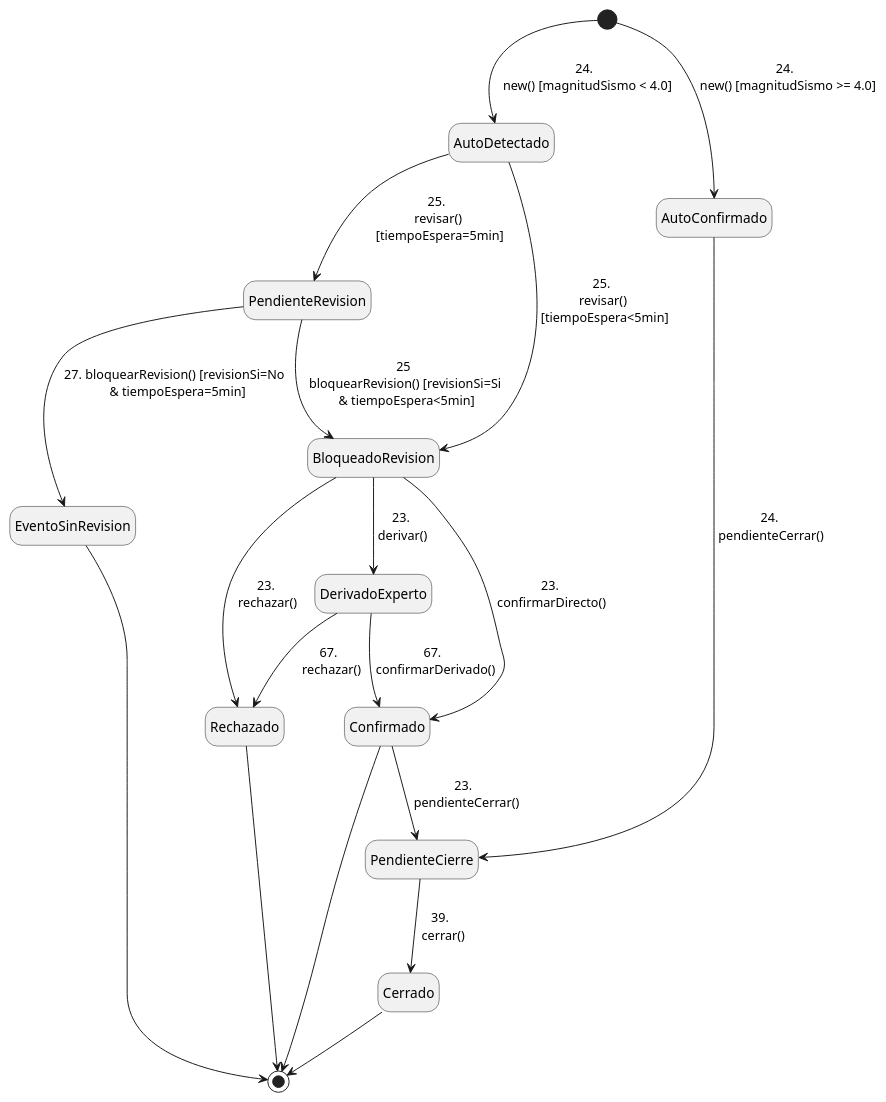
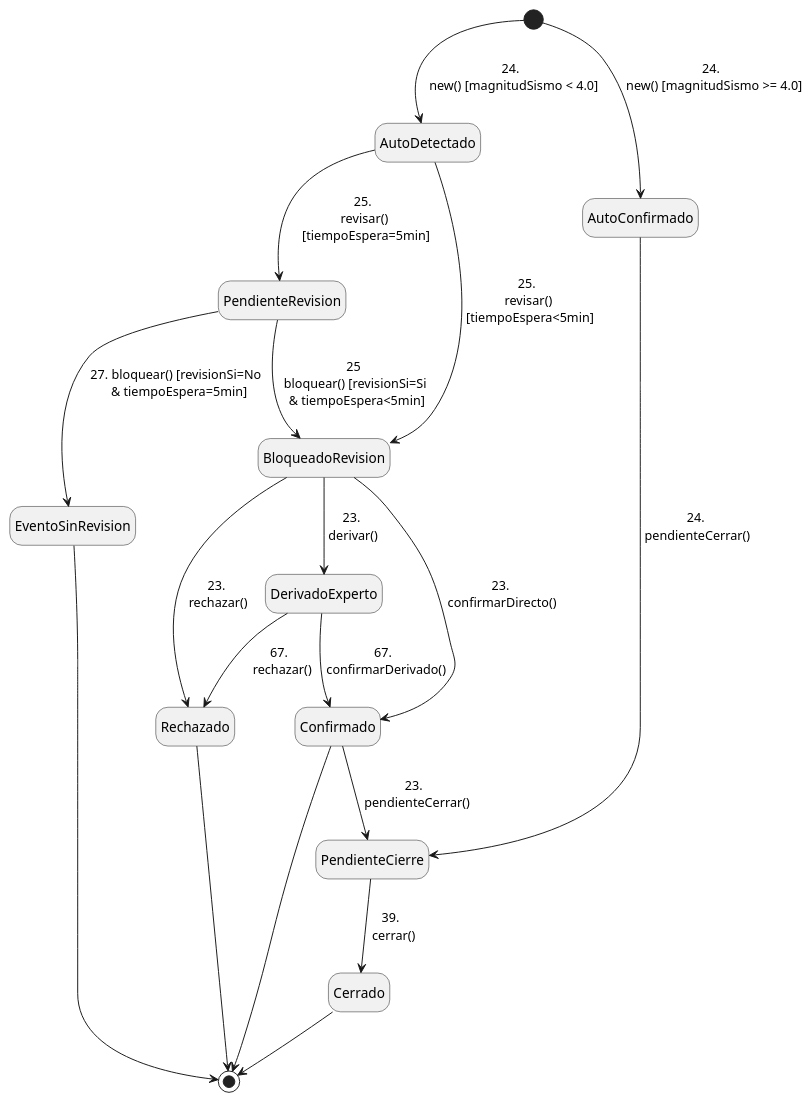
The first of 3 diagrams in diagramas/Diagramas.plantuml (ciggyx/TPI-Grupo7), drawn with PlantUML before and after one commit. The commit also changed other lines of this file and 3 other files, not shown here.

Commit message:
Fixeo parte estática, dinámica + svg diagramas

```diff
--- a/diagramas/Diagramas.plantuml
+++ b/diagramas/Diagramas.plantuml
@@ -1,30 +1,30 @@
 @startuml maquinaEstadoEventoSismico
 hide empty description
 'Casos de uso:
 '23: Registrar resultado de revisión manual
 '24: Registrar evento sísmico
 '25: Modificar evento sísmico
 '27: Anular evento sísmico
 '38: Verificar eventos sísmicos auto detectados
 '39: Cerrar evento sísmico
 '67: Registrar resultado de revisión de un evento sismico derivado
 
 [*]-->AutoDetectado : 24. \n new() [magnitudSismo < 4.0]
 [*]-->AutoConfirmado : 24. \n new() [magnitudSismo >= 4.0]
 AutoDetectado-->PendienteRevision :  25. \n revisar() \n [tiempoEspera=5min] 
-PendienteRevision-->BloqueadoRevision: 25 \n bloquearRevision() [revisionSi=Si \n & tiempoEspera<5min]
-PendienteRevision-->EventoSinRevision: 27. bloquearRevision() [revisionSi=No \n & tiempoEspera=5min]
+PendienteRevision-->BloqueadoRevision: 25 \n bloquear() [revisionSi=Si \n & tiempoEspera<5min]
+PendienteRevision-->EventoSinRevision: 27. bloquear() [revisionSi=No \n & tiempoEspera=5min]
 AutoDetectado --> BloqueadoRevision: 25. \n revisar() \n [tiempoEspera<5min]
 BloqueadoRevision-->Confirmado: 23.\n confirmarDirecto()
 BloqueadoRevision-->Rechazado:  23.\n rechazar()
 BloqueadoRevision-->DerivadoExperto:  23.\n derivar()
 DerivadoExperto-->Confirmado: 67. \n confirmarDerivado()
 DerivadoExperto-->Rechazado: 67. \n rechazar()
 Confirmado-->PendienteCierre: 23. \n pendienteCerrar()
 AutoConfirmado-->PendienteCierre: 24.\n pendienteCerrar()
 PendienteCierre --> Cerrado: 39. \n cerrar()
 Cerrado --> [*]
 EventoSinRevision --> [*]
 Confirmado --> [*]
 Rechazado --> [*]
 @enduml
```
